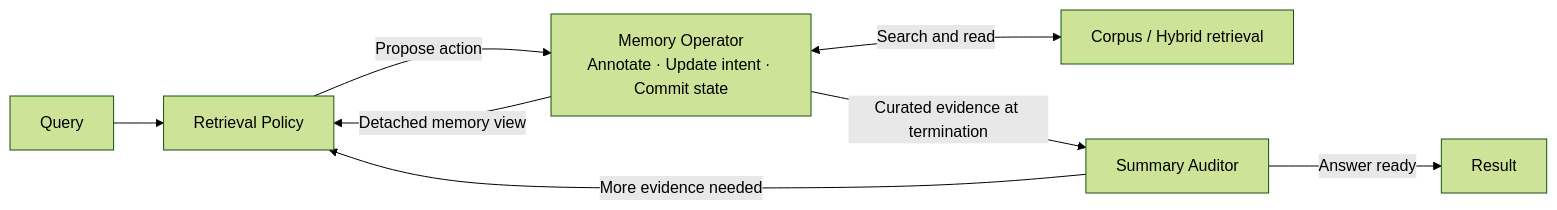
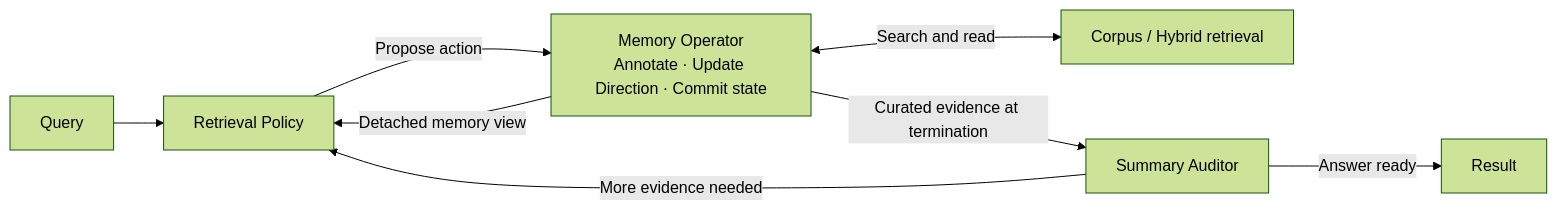
The diagram in README.md (SwimmingWang/Harness-Search), drawn with Mermaid (forest theme) before and after one commit. The commit also changed other lines of this file and 25 other files, not shown here.

````diff
--- a/README.md
+++ b/README.md
@@ -9,10 +5,10 @@
 ```mermaid
 flowchart LR
     Q[Query] --> P[Retrieval Policy]
-    P -->|Propose action| M["Memory Operator<br/>Annotate · Update intent · Commit state"]
+    P -->|Propose action| M["Memory Operator<br/>Annotate · Update Direction · Commit state"]
     M <-->|Search and read| D[Corpus / Hybrid retrieval]
     M -->|Detached memory view| P
     M -->|Curated evidence at termination| A[Summary Auditor]
     A -->|More evidence needed| P
     A -->|Answer ready| R[Result]
 ```
````
